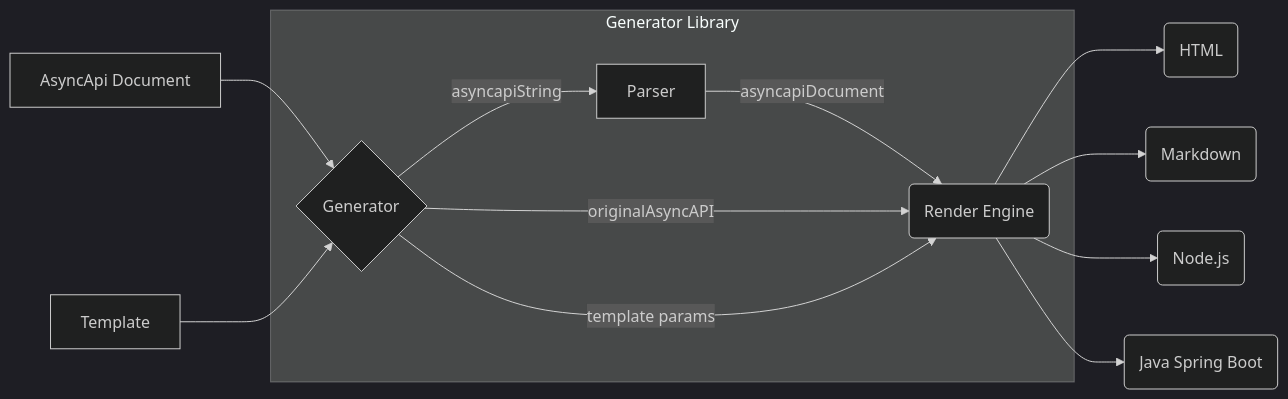
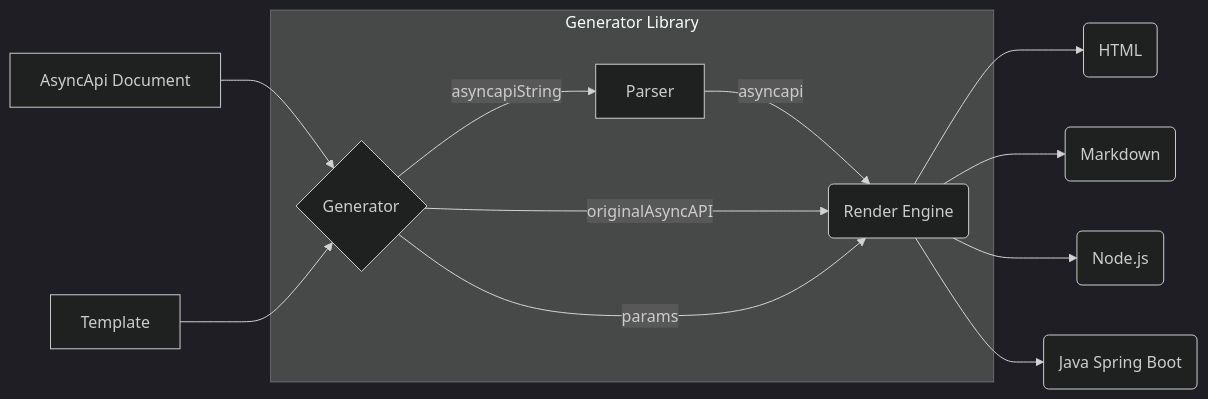
The diagram in docs/asyncapi-file.md (asyncapi/generator), drawn with Mermaid (dark theme) before and after one commit. The commit also changed other lines of this file, not shown here.

````diff
--- a/docs/asyncapi-file.md
+++ b/docs/asyncapi-file.md
@@ -40,15 +42,15 @@
 ``` mermaid
 graph LR
     E[ AsyncApi Document ] --> B{Generator}
     F[ Template ] --> B{Generator}
   subgraph Generator Library
     B -->| asyncapiString| C[Parser]
-    C[Parser] --> |asyncapiDocument| D(Render Engine)
+    C[Parser] --> |asyncapi| D(Render Engine)
     B{Generator}--> | originalAsyncAPI | D(Render Engine)
-    B{Generator}--> | template params | D(Render Engine)
+    B{Generator}--> | params | D(Render Engine)
   end
   D(Render Engine) --> O(HTML)
   D(Render Engine) --> M(Markdown)
   D(Render Engine) --> N(Node.js)
   D(Render Engine) --> J(Java Spring Boot)
 ```
````
